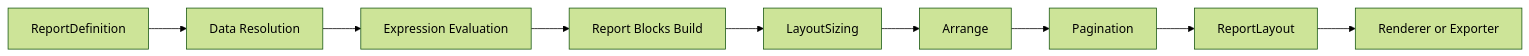
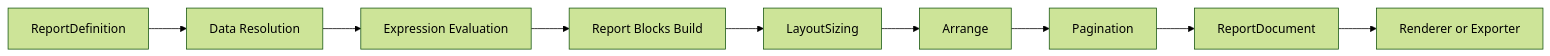
One commit to Netcodr81/kinetic-reports changed the diagram in docs/README.md. Above: the diagram before and after it, drawn with Mermaid (forest theme). The commit also changed other lines of this file and 53 other files, not shown here.

First line of the commit message:
Refactor report layout and rendering components

````diff
--- a/docs/README.md
+++ b/docs/README.md
@@ -34,11 +34,11 @@
 ```mermaid
 flowchart LR
 	A[ReportDefinition] --> B[Data Resolution]
 	B --> C[Expression Evaluation]
 	C --> D[Report Blocks Build]
 	D --> E[LayoutSizing]
 	E --> F[Arrange]
 	F --> G[Pagination]
-	G --> H[ReportLayout]
+	G --> H[ReportDocument]
 	H --> I[Renderer or Exporter]
 ```
````
